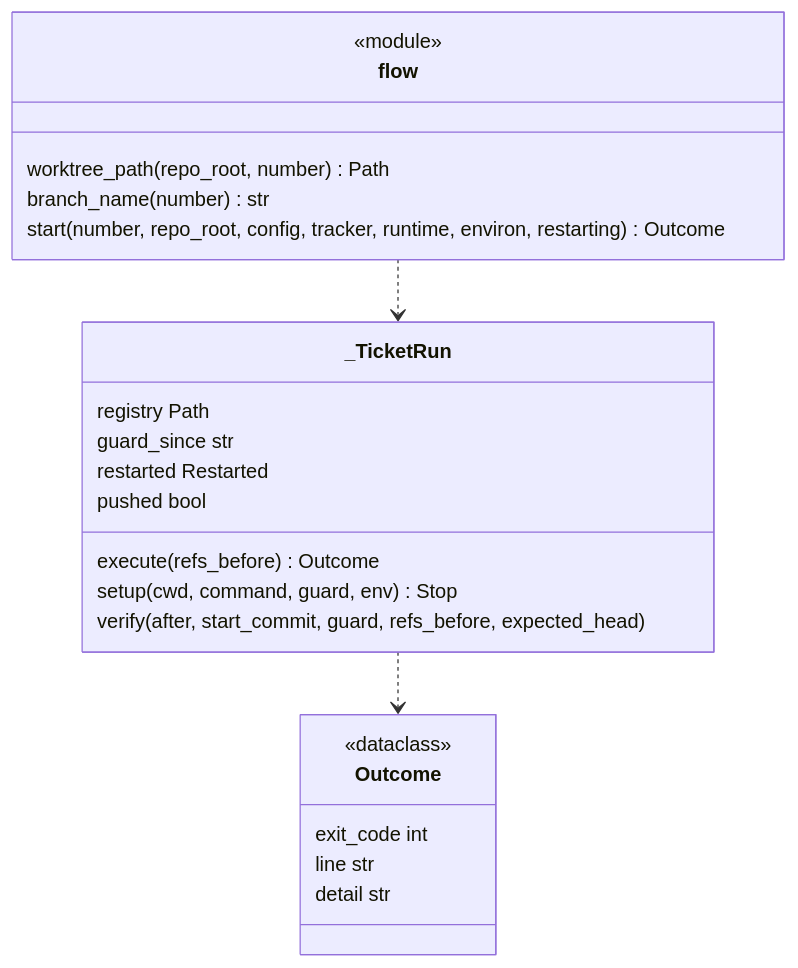
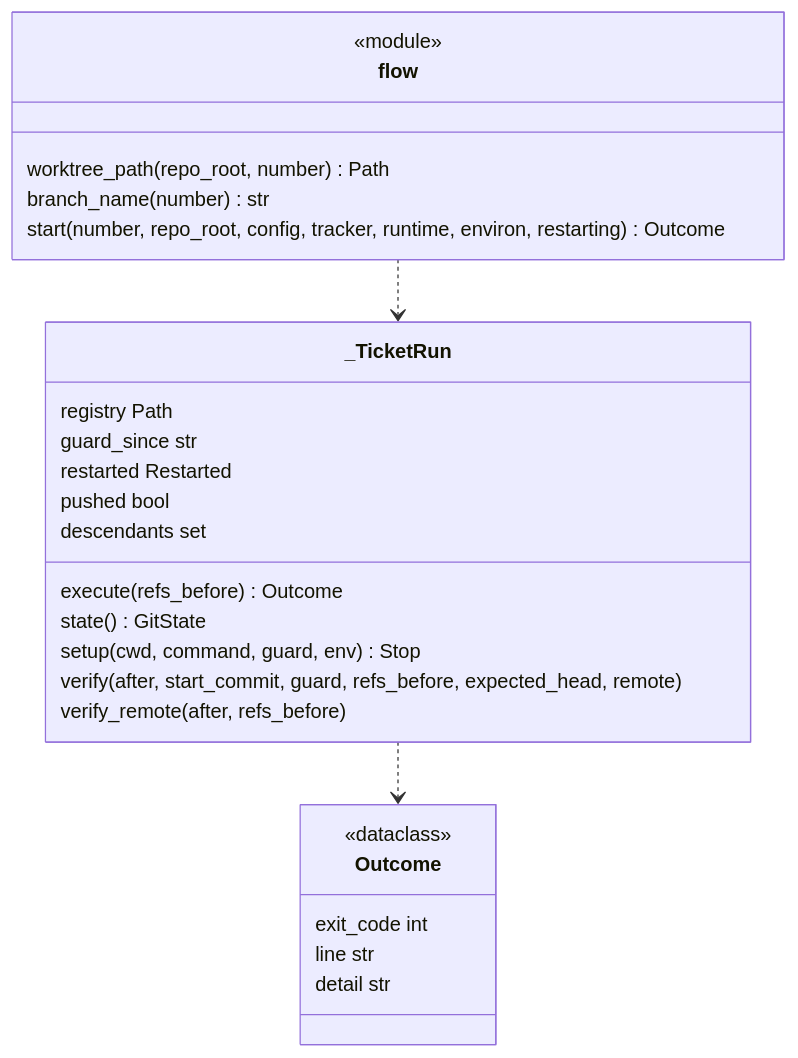
One commit to plaplanche/ariane changed the second of 3 diagrams in docs/architecture/modules/flow.md. Above: the diagram before and after it, drawn with Mermaid. The commit also changed other lines of this file and 13 other files, not shown here.

````diff
--- a/docs/architecture/modules/flow.md
+++ b/docs/architecture/modules/flow.md
@@ -82,26 +83,29 @@
 ```mermaid
 classDiagram
 class Outcome {
   <<dataclass>>
   exit_code int
   line str
   detail str
 }
 class _TicketRun {
   registry Path
   guard_since str
   restarted Restarted
   pushed bool
   execute(refs_before) Outcome
+  descendants set
+  state() GitState
   setup(cwd, command, guard, env) Stop
-  verify(after, start_commit, guard, refs_before, expected_head)
+  verify(after, start_commit, guard, refs_before, expected_head, remote)
+  verify_remote(after, refs_before)
 }
 class flow {
   <<module>>
   worktree_path(repo_root, number) Path
   branch_name(number) str
   start(number, repo_root, config, tracker, runtime, environ, restarting) Outcome
 }
 flow ..> _TicketRun
 _TicketRun ..> Outcome
 ```
````
